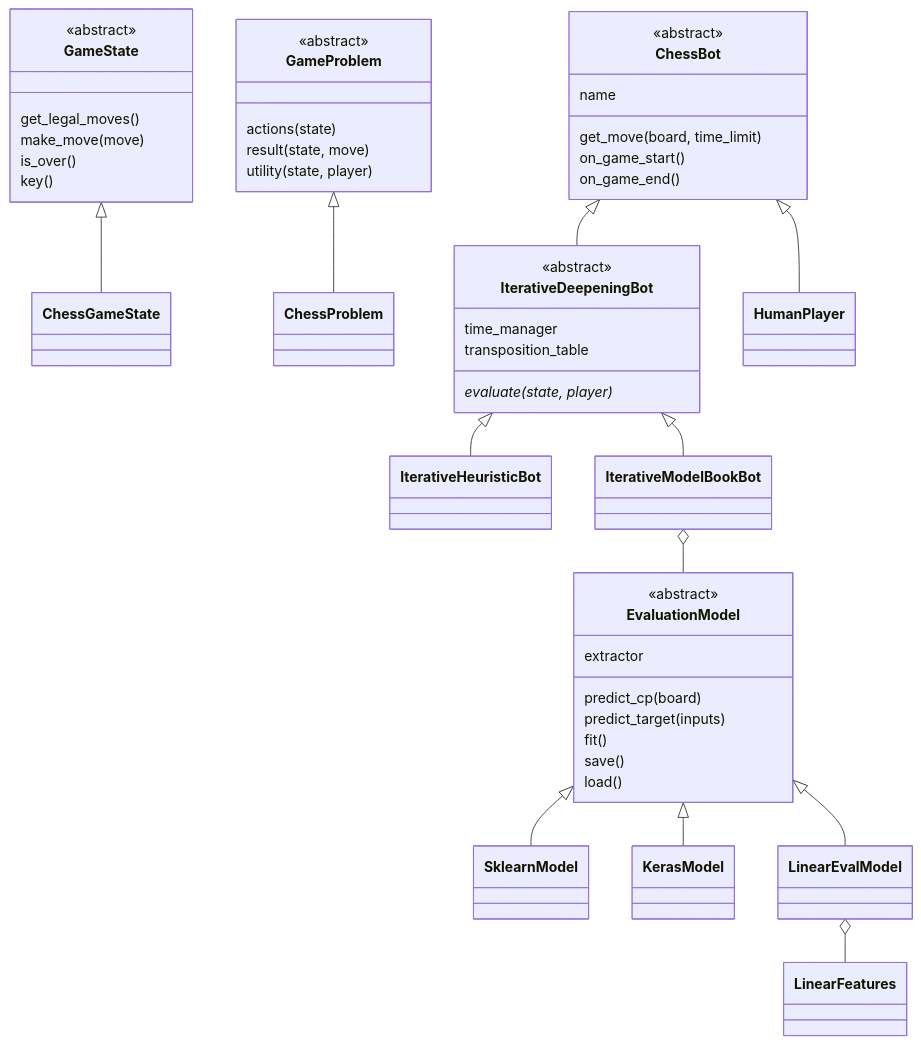
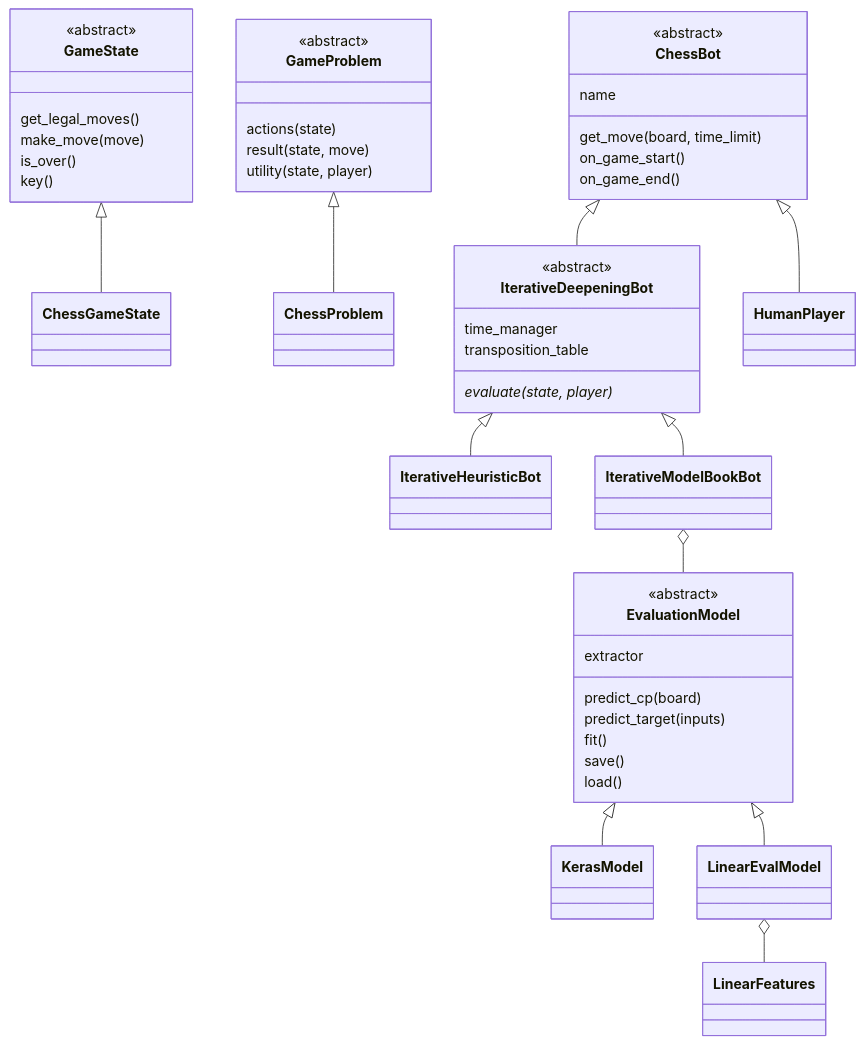
The second of 3 diagrams in docs/ARCHITECTURE.md (JoaquinDeVA/chess-ai-engine), drawn with Mermaid before and after one commit. The commit also changed other lines of this file and 18 other files, not shown here.

````diff
--- a/docs/ARCHITECTURE.md
+++ b/docs/ARCHITECTURE.md
@@ -37,51 +43,50 @@
 ```mermaid
 classDiagram
     class GameState {
         <<abstract>>
         get_legal_moves()
         make_move(move)
         is_over()
         key()
     }
     class GameProblem {
         <<abstract>>
         actions(state)
         result(state, move)
         utility(state, player)
     }
     GameState <|-- ChessGameState
     GameProblem <|-- ChessProblem
 
     class ChessBot {
         <<abstract>>
         name
         get_move(board, time_limit)
         on_game_start()
         on_game_end()
     }
     class IterativeDeepeningBot {
         <<abstract>>
         time_manager
         transposition_table
         evaluate(state, player)*
     }
     ChessBot <|-- IterativeDeepeningBot
     ChessBot <|-- HumanPlayer
     IterativeDeepeningBot <|-- IterativeHeuristicBot
     IterativeDeepeningBot <|-- IterativeModelBookBot
 
     class EvaluationModel {
         <<abstract>>
         extractor
         predict_cp(board)
         predict_target(inputs)
         fit()
         save()
         load()
     }
-    EvaluationModel <|-- SklearnModel
     EvaluationModel <|-- KerasModel
     EvaluationModel <|-- LinearEvalModel
     LinearEvalModel o-- LinearFeatures
     IterativeModelBookBot o-- EvaluationModel
 ```
````
